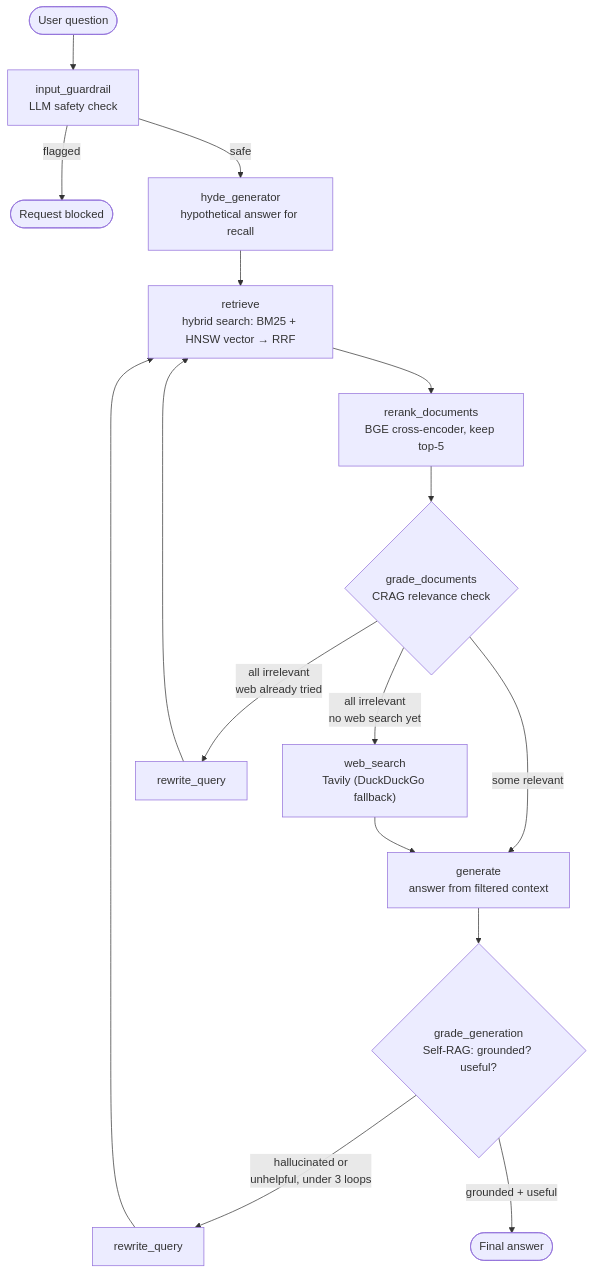
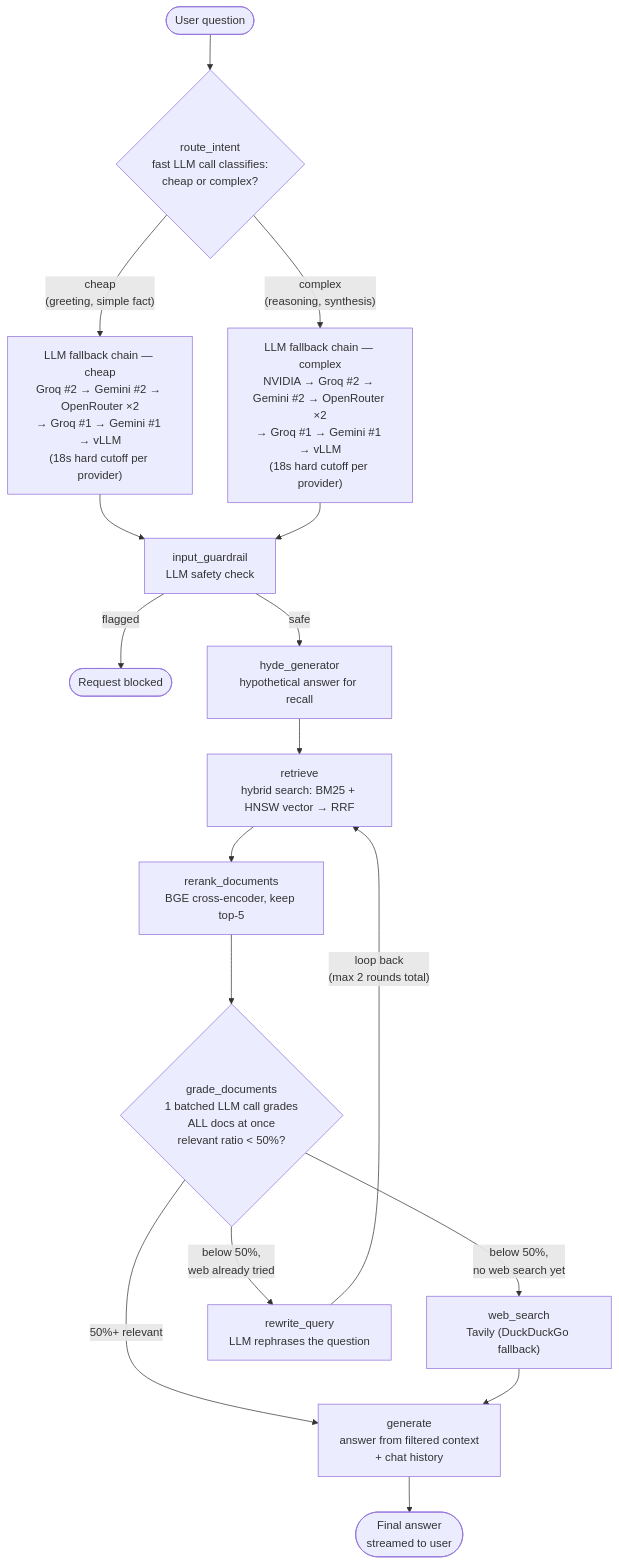
One commit to AyushGurung18/agentic-ai changed the second of 2 diagrams in ARCHITECTURE.md. Above: the diagram before and after it, drawn with Mermaid. The commit also changed other lines of this file and 3 other files, not shown here.

First line of the commit message:
Update architecture docs and diagrams to match the current pipeline

````diff
--- a/ARCHITECTURE.md
+++ b/ARCHITECTURE.md
@@ -137,18 +138,19 @@
 ```mermaid
 flowchart TD
-    START(["User question"]) --> IG["input_guardrail\nLLM safety check"]
-    IG -- flagged --> BLOCKED(["Request blocked"])
+    START(["User question"]) --> INTENT{"route_intent\nfast LLM call classifies:\ncheap or complex?"}
+    INTENT -- "cheap\n(greeting, simple fact)" --> CHAINC["LLM fallback chain — cheap\nGroq #2 → Gemini #2 → OpenRouter ×2\n→ Groq #1 → Gemini #1 → vLLM\n(18s hard cutoff per provider)"]
+    INTENT -- "complex\n(reasoning, synthesis)" --> CHAINX["LLM fallback chain — complex\nNVIDIA → Groq #2 → Gemini #2 → OpenRouter ×2\n→ Groq #1 → Gemini #1 → vLLM\n(18s hard cutoff per provider)"]
+    CHAINC --> IG
+    CHAINX --> IG
+    IG["input_guardrail\nLLM safety check"] -- flagged --> BLOCKED(["Request blocked"])
     IG -- safe --> HYDE["hyde_generator\nhypothetical answer for recall"]
     HYDE --> RET["retrieve\nhybrid search: BM25 + HNSW vector → RRF"]
     RET --> RERANK["rerank_documents\nBGE cross-encoder, keep top-5"]
-    RERANK --> GRADE{"grade_documents\nCRAG relevance check"}
-    GRADE -- "all irrelevant\nno web search yet" --> WEB["web_search\nTavily (DuckDuckGo fallback)"]
-    GRADE -- "all irrelevant\nweb already tried" --> RW1["rewrite_query"]
-    GRADE -- "some relevant" --> GEN["generate\nanswer from filtered context"]
+    RERANK --> GRADE{"grade_documents\n1 batched LLM call grades\nALL docs at once\nrelevant ratio < 50%?"}
+    GRADE -- "below 50%,\nno web search yet" --> WEB["web_search\nTavily (DuckDuckGo fallback)"]
+    GRADE -- "below 50%,\nweb already tried" --> RW1["rewrite_query\nLLM rephrases the question"]
+    GRADE -- "50%+ relevant" --> GEN["generate\nanswer from filtered context\n+ chat history"]
     WEB --> GEN
-    RW1 --> RET
-    GEN --> GG{"grade_generation\nSelf-RAG: grounded? useful?"}
-    GG -- "hallucinated or\nunhelpful, under 3 loops" --> RW2["rewrite_query"]
-    GG -- "grounded + useful" --> DONE(["Final answer"])
-    RW2 --> RET
+    RW1 -- "loop back\n(max 2 rounds total)" --> RET
+    GEN --> DONE(["Final answer\nstreamed to user"])
 ```
````
